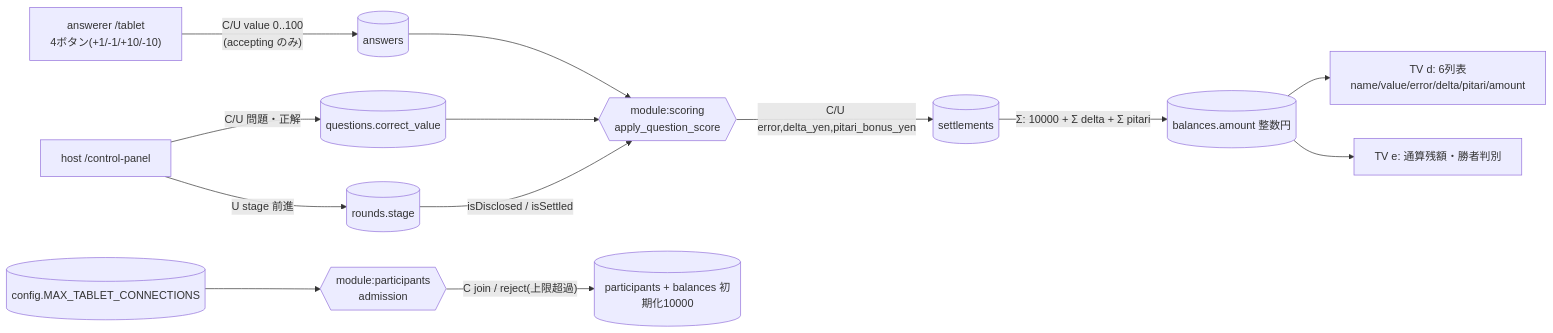
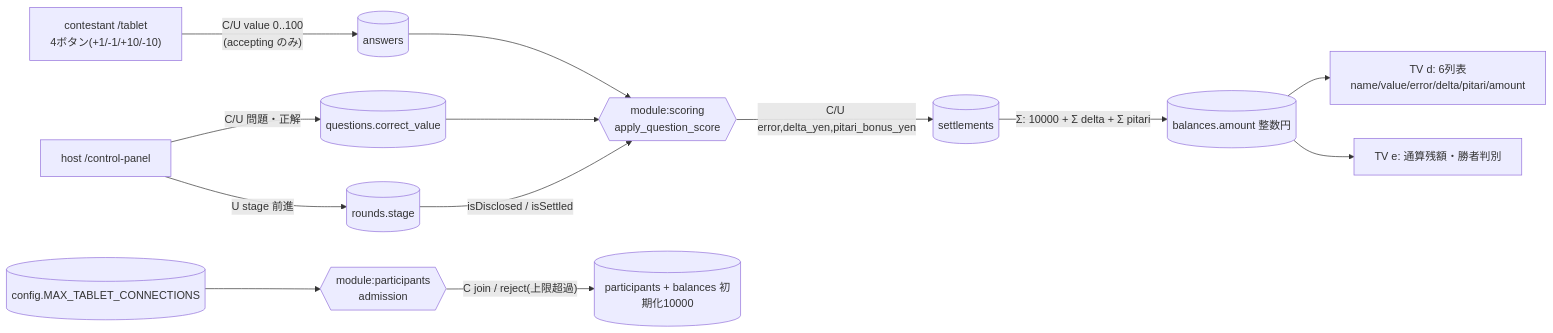
One commit to akAredminEogre/save-money-switcher changed the third of 3 diagrams in docs/detailed_design/er_crud_model.md. Above: the diagram before and after it, drawn with Mermaid. The commit also changed other lines of this file and 70 other files, not shown here.

First line of the commit message:
refactor(cmd_2553): ロール識別子 answerer を contestant へ改名（PR#3 殿レビュー対応）

````diff
--- a/docs/detailed_design/er_crud_model.md
+++ b/docs/detailed_design/er_crud_model.md
@@ -449,15 +449,15 @@
 ```mermaid
 flowchart LR
-    A["answerer /tablet<br/>4ボタン(+1/-1/+10/-10)"] -->|"C/U value 0..100<br/>(accepting のみ)"| ANS[("answers")]
+    A["contestant /tablet<br/>4ボタン(+1/-1/+10/-10)"] -->|"C/U value 0..100<br/>(accepting のみ)"| ANS[("answers")]
     HOST["host /control-panel"] -->|"C/U 問題・正解"| Q[("questions.correct_value")]
     HOST -->|"U stage 前進"| RND[("rounds.stage")]
     ANS --> SC{{"module:scoring<br/>apply_question_score"}}
     Q --> SC
     RND -->|"isDisclosed / isSettled"| SC
     SC -->|"C/U error,delta_yen,pitari_bonus_yen"| SET[("settlements")]
     SET -->|"Σ: 10000 + Σ delta + Σ pitari"| BAL[("balances.amount 整数円")]
     BAL --> TVD["TV d: 6列表<br/>name/value/error/delta/pitari/amount"]
     BAL --> TVE["TV e: 通算残額・勝者判別"]
     CFG[("config.MAX_TABLET_CONNECTIONS")] --> ADM{{"module:participants<br/>admission"}}
     ADM -->|"C join / reject(上限超過)"| P[("participants + balances 初期化10000")]
 ```
````
